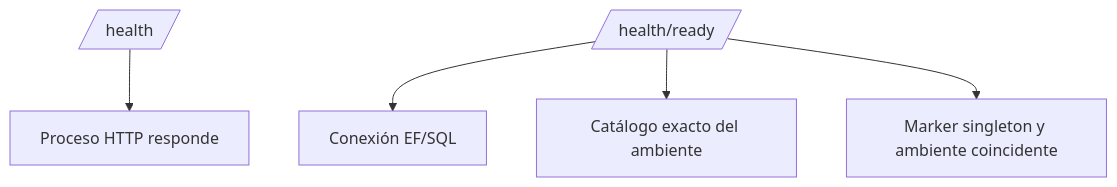
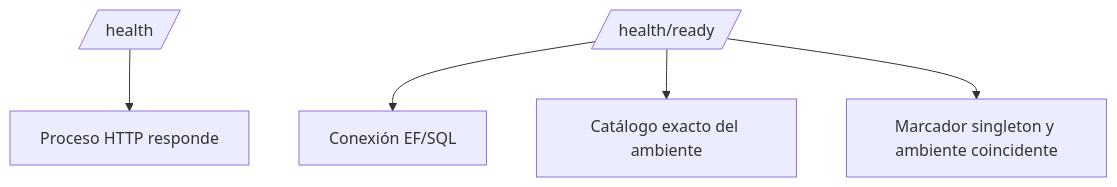
The third of 3 diagrams in Vault/04-arquitectura/openapi-http-y-signalr.md (ErickEduardo027/ELEVANT), drawn with Mermaid before and after one commit. The commit also changed other lines of this file and 51 other files, not shown here.

````diff
--- a/Vault/04-arquitectura/openapi-http-y-signalr.md
+++ b/Vault/04-arquitectura/openapi-http-y-signalr.md
@@ -178,7 +170,7 @@
 ```mermaid
 flowchart TD
     LIVE[/health/] --> PROCESS[Proceso HTTP responde]
     READY[/health/ready/] --> SQL[Conexión EF/SQL]
     READY --> NAME[Catálogo exacto del ambiente]
-    READY --> MARKER[Marker singleton y ambiente coincidente]
+    READY --> MARKER[Marcador singleton y ambiente coincidente]
 ```
````
